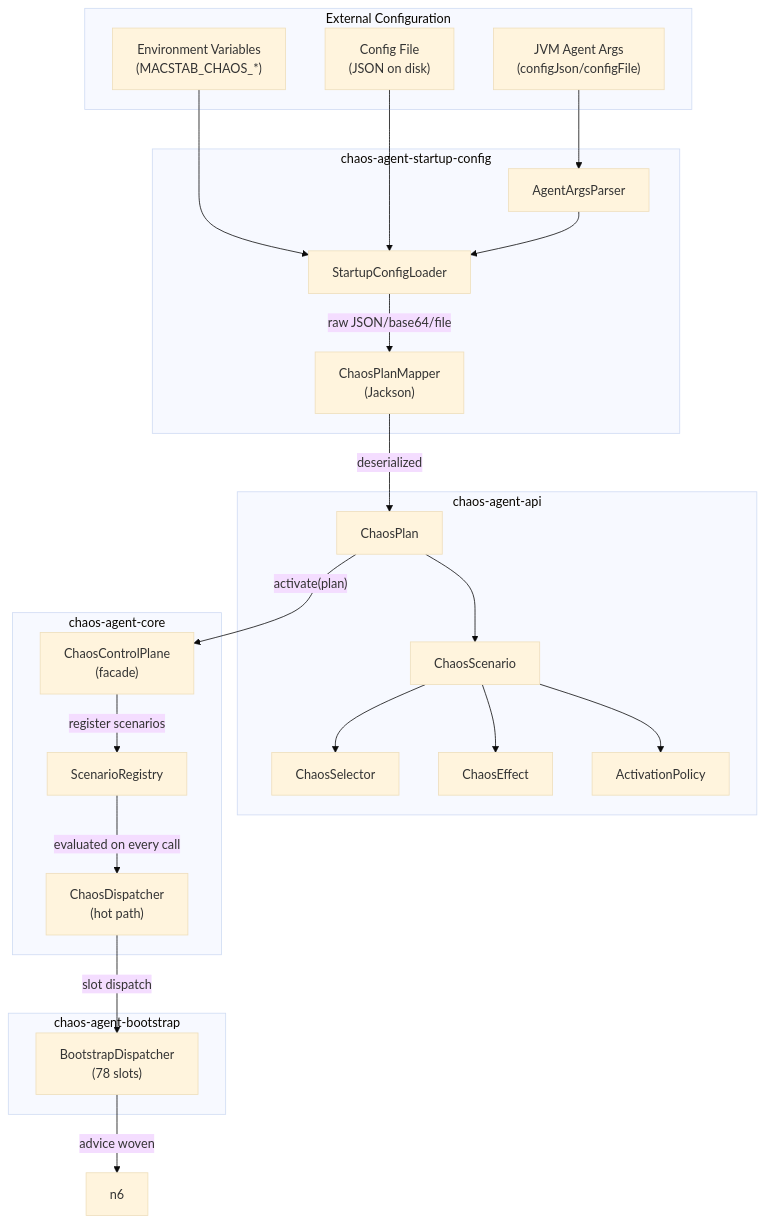
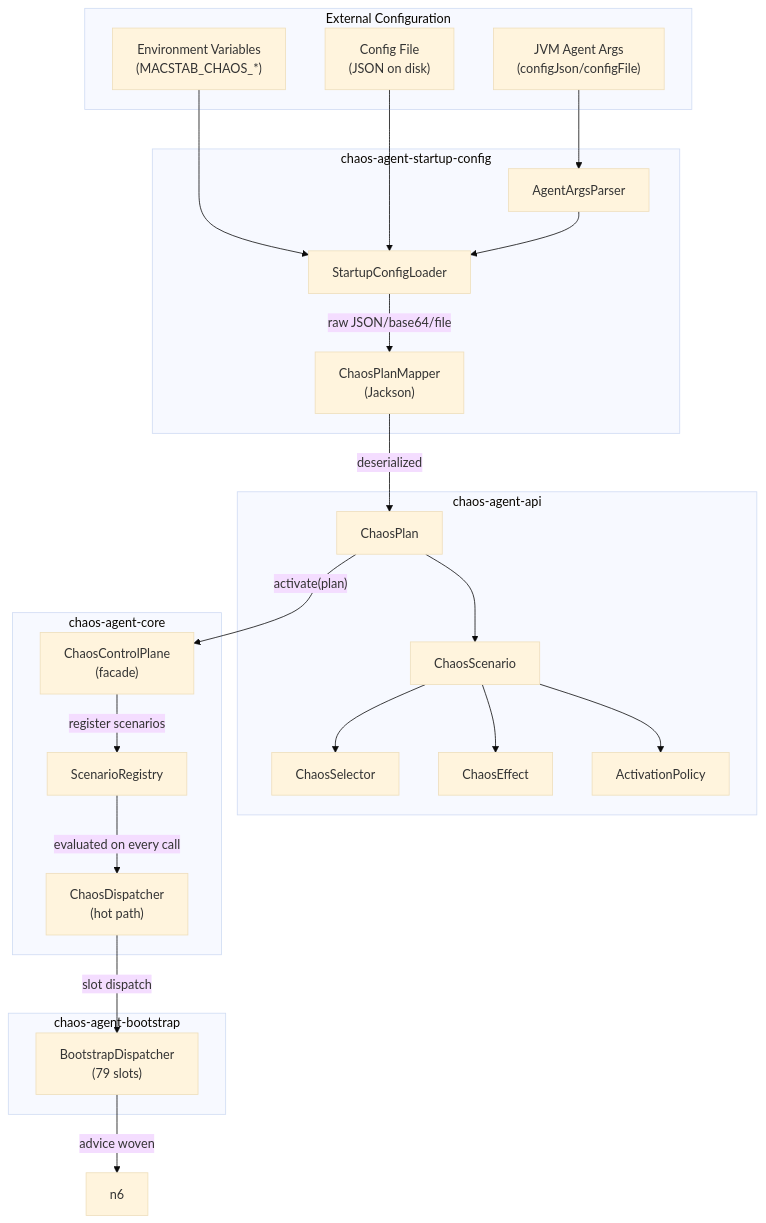
Before and after one commit to macstab/macstab-chaos-jvm-agent: the first of 2 diagrams in docs/configuration-reference.md, drawn with Mermaid (base theme). The commit also changed other lines of this file and 23 other files, not shown here.

````diff
--- a/docs/configuration-reference.md
+++ b/docs/configuration-reference.md
@@ -250,43 +250,43 @@
 ```mermaid
 flowchart TB
   subgraph g1["External Configuration"]
     AgentArgs["JVM Agent Args<br/>(configJson/configFile)"]
     EnvVars["Environment Variables<br/>(MACSTAB_CHAOS_*)"]
     ConfigFile["Config File<br/>(JSON on disk)"]
   end
   subgraph g2["chaos-agent-startup-config"]
     SCL["StartupConfigLoader"]
     AAP["AgentArgsParser"]
     CPM["ChaosPlanMapper<br/>(Jackson)"]
   end
   subgraph g3["chaos-agent-api"]
     Plan["ChaosPlan"]
     Scenario["ChaosScenario"]
     Selector["ChaosSelector"]
     Effect["ChaosEffect"]
     Policy["ActivationPolicy"]
   end
   subgraph g4["chaos-agent-core"]
     CCP["ChaosControlPlane<br/>(facade)"]
     SR["ScenarioRegistry"]
     CD["ChaosDispatcher<br/>(hot path)"]
   end
   subgraph g5["chaos-agent-bootstrap"]
-    BD["BootstrapDispatcher<br/>(78 slots)"]
+    BD["BootstrapDispatcher<br/>(79 slots)"]
   end
   AgentArgs --> AAP
   EnvVars --> SCL
   ConfigFile --> SCL
   AAP --> SCL
   SCL -->|"raw JSON/base64/file"| CPM
   CPM -->|"deserialized"| Plan
   Plan --> Scenario
   Scenario --> Selector
   Scenario --> Effect
   Scenario --> Policy
   Plan -->|"activate(plan)"| CCP
   CCP -->|"register scenarios"| SR
   SR -->|"evaluated on every call"| CD
   CD -->|"slot dispatch"| BD
   BD -->|"advice woven"| n6
 ```
````
